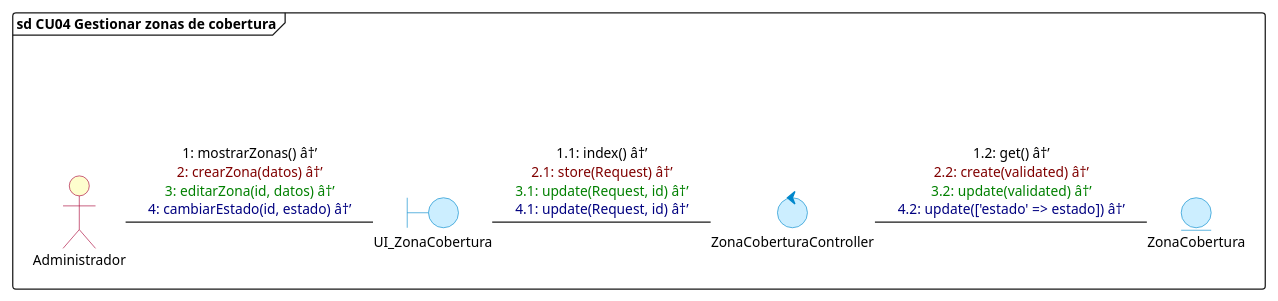
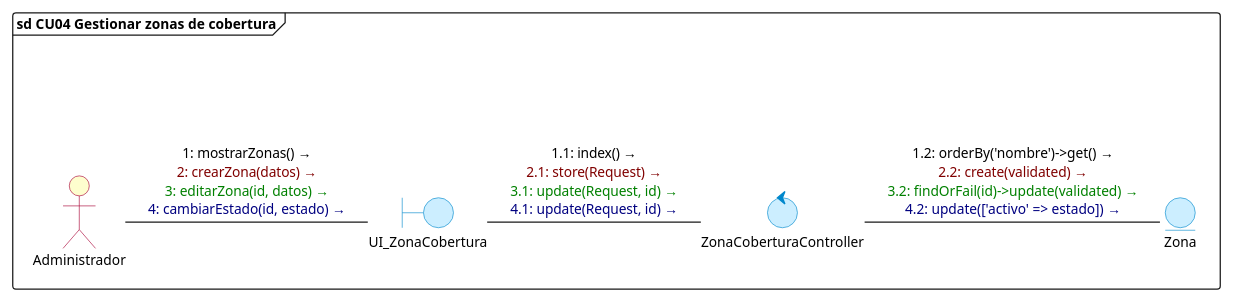
Before and after one commit to DiogoMars777/TELCOM-2.0: the fourth of 17 diagrams in diagramas/comunicacion/diagramas_comunicacion_todos_cu.puml, drawn with PlantUML. The commit also changed other lines of this file and 16 other files, not shown here.

Commit message:
docs: actualizar diagramas de comunicacion CU01 al CU17 con modelos y tablas canonicas de BD

```diff
--- a/diagramas/comunicacion/diagramas_comunicacion_todos_cu.puml
+++ b/diagramas/comunicacion/diagramas_comunicacion_todos_cu.puml
@@ -102,31 +112,31 @@
 @startuml cu04_gestionar_zonas_cobertura
 skinparam backgroundColor white
 skinparam defaultFontName "Segoe UI"
 skinparam defaultFontSize 11
 skinparam interfaceBackgroundColor transparent
 skinparam interfaceBorderColor transparent
 skinparam actorBackgroundColor #FEFECE
 skinparam actorBorderColor #A80036
 skinparam boundaryBackgroundColor #CCEEFF
 skinparam boundaryBorderColor #0088CC
 skinparam controlBackgroundColor #CCEEFF
 skinparam controlBorderColor #0088CC
 skinparam entityBackgroundColor #CCEEFF
 skinparam entityBorderColor #0088CC
 
 frame "sd CU04 Gestionar zonas de cobertura" {
     () " " as spacer
-    actor Administrador
+    actor "Administrador" as Administrador
     boundary UI_ZonaCobertura
     control ZonaCoberturaController
-    entity ZonaCobertura
+    entity Zona
 
     spacer -[hidden]down- Administrador
 
-    Administrador -right- UI_ZonaCobertura : <font color=#000000>1: mostrarZonas() â†’</font>\n<font color=#800000>2: crearZona(datos) â†’</font>\n<font color=#008000>3: editarZona(id, datos) â†’</font>\n<font color=#000080>4: cambiarEstado(id, estado) â†’</font>
+    Administrador -right- UI_ZonaCobertura : <font color=#000000>1: mostrarZonas() →</font>\n<font color=#800000>2: crearZona(datos) →</font>\n<font color=#008000>3: editarZona(id, datos) →</font>\n<font color=#000080>4: cambiarEstado(id, estado) →</font>
 
-    UI_ZonaCobertura -right- ZonaCoberturaController : <font color=#000000>1.1: index() â†’</font>\n<font color=#800000>2.1: store(Request) â†’</font>\n<font color=#008000>3.1: update(Request, id) â†’</font>\n<font color=#000080>4.1: update(Request, id) â†’</font>
+    UI_ZonaCobertura -right- ZonaCoberturaController : <font color=#000000>1.1: index() →</font>\n<font color=#800000>2.1: store(Request) →</font>\n<font color=#008000>3.1: update(Request, id) →</font>\n<font color=#000080>4.1: update(Request, id) →</font>
 
-    ZonaCoberturaController -right- ZonaCobertura : <font color=#000000>1.2: get() â†’</font>\n<font color=#800000>2.2: create(validated) â†’</font>\n<font color=#008000>3.2: update(validated) â†’</font>\n<font color=#000080>4.2: update(['estado' => estado]) â†’</font>
+    ZonaCoberturaController -right- Zona : <font color=#000000>1.2: orderBy('nombre')->get() →</font>\n<font color=#800000>2.2: create(validated) →</font>\n<font color=#008000>3.2: findOrFail(id)->update(validated) →</font>\n<font color=#000080>4.2: update(['activo' => estado]) →</font>
 }
 @enduml
```
